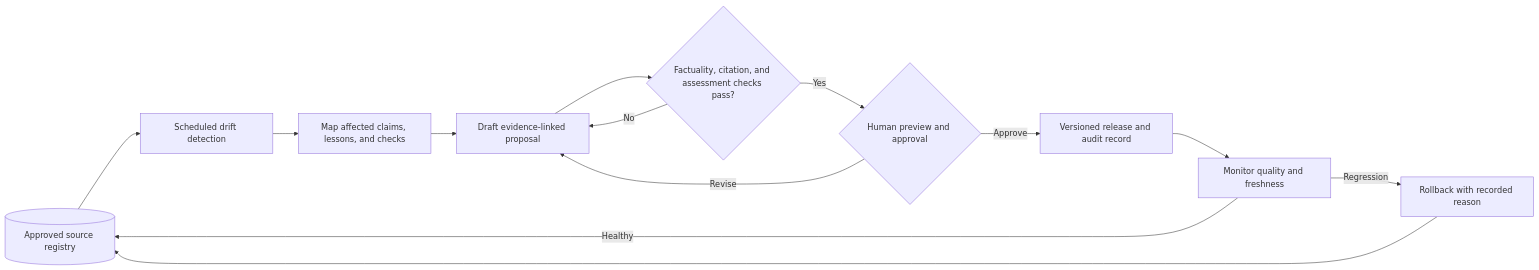
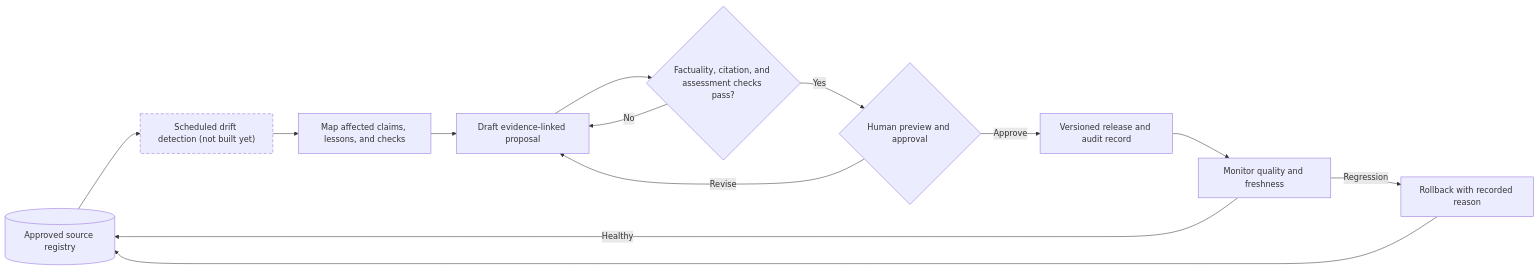
One commit to project42dev/admin.project-42.dev changed the diagram in diagrams/content-freshness-release.mmd. Above: the diagram before and after it, drawn with Mermaid. The commit also changed 45 other files, not shown here.

```diff
--- a/diagrams/content-freshness-release.mmd
+++ b/diagrams/content-freshness-release.mmd
@@ -1,16 +1,19 @@
 flowchart LR
     accTitle: From source drift to a trusted release
-    accDescr: Detect changes in approved sources, map impact, propose evidence-linked updates, run checks, require human approval, publish a versioned release, monitor it, and retain rollback.
+    accDescr: Target-state governance flow. Detect changes in approved sources, map impact, propose evidence-linked updates, run checks, require human approval, publish a versioned release, monitor it, and retain rollback. Scheduled drift detection is not built yet and is marked as such.
 
-    S[(Approved source registry)] --> D[Scheduled drift detection]
+    S[(Approved source registry)] --> D["Scheduled drift detection (not built yet)"]
     D --> I[Map affected claims, lessons, and checks]
     I --> P[Draft evidence-linked proposal]
     P --> E{Factuality, citation, and assessment checks pass?}
     E -->|No| P
     E -->|Yes| H{Human preview and approval}
     H -->|Revise| P
     H -->|Approve| R[Versioned release and audit record]
     R --> M[Monitor quality and freshness]
     M -->|Healthy| S
     M -->|Regression| B[Rollback with recorded reason]
     B --> S
+
+    classDef pending stroke-dasharray: 6 4
+    class D pending
```
